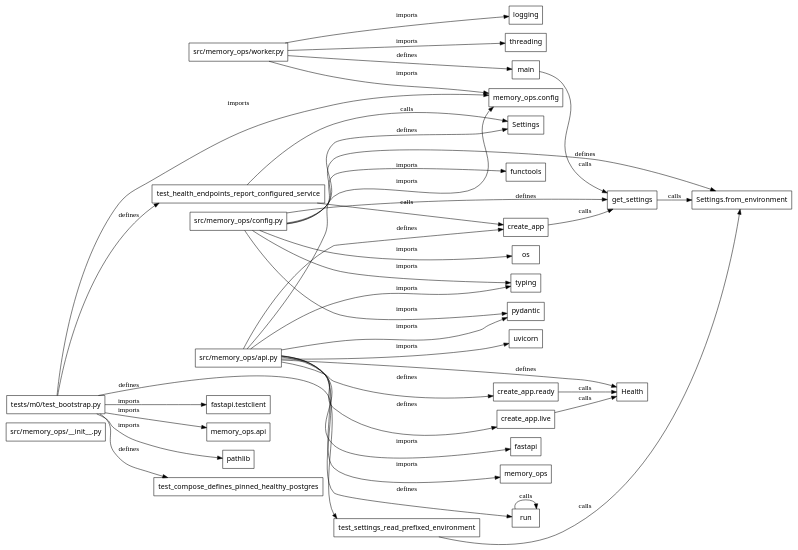
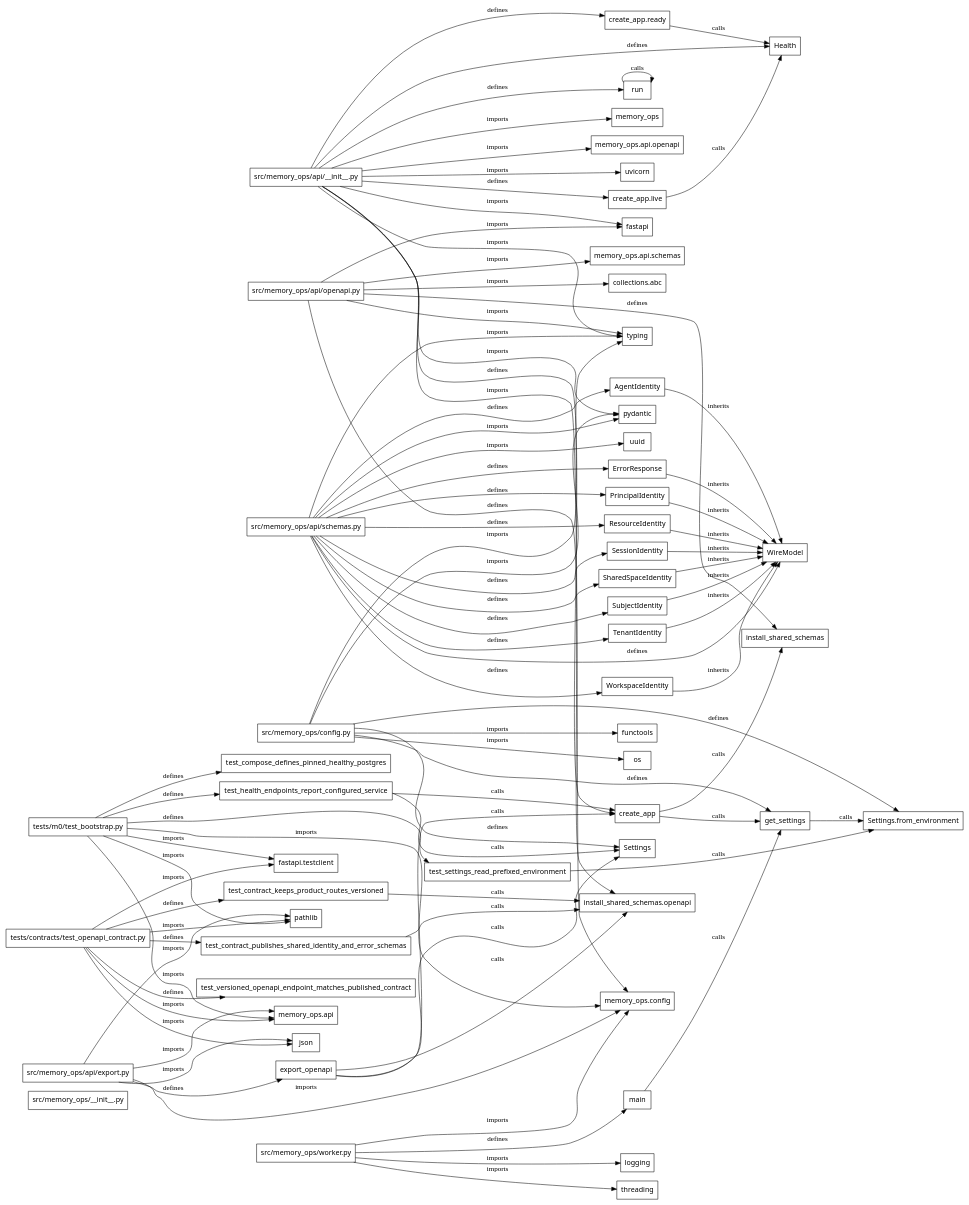
Before and after one commit to rishibalanagu0108/Memory-OPS: the diagram in .genesis/index/graph.dot, drawn with Graphviz. The commit also changed 18 other files, not shown here.

Commit message:
feat(api): publish versioned OpenAPI contract

```diff
--- a/.genesis/index/graph.dot
+++ b/.genesis/index/graph.dot
@@ -2,62 +2,121 @@
   rankdir=LR;
   node [shape=box,fontname="system-ui"];
   "file:src/memory_ops/__init__.py" [label="src/memory_ops/__init__.py",class="file"];
-  "file:src/memory_ops/api.py" [label="src/memory_ops/api.py",class="file"];
+  "file:src/memory_ops/api/__init__.py" [label="src/memory_ops/api/__init__.py",class="file"];
+  "file:src/memory_ops/api/export.py" [label="src/memory_ops/api/export.py",class="file"];
+  "file:src/memory_ops/api/openapi.py" [label="src/memory_ops/api/openapi.py",class="file"];
+  "file:src/memory_ops/api/schemas.py" [label="src/memory_ops/api/schemas.py",class="file"];
   "file:src/memory_ops/config.py" [label="src/memory_ops/config.py",class="file"];
   "file:src/memory_ops/worker.py" [label="src/memory_ops/worker.py",class="file"];
+  "file:tests/contracts/test_openapi_contract.py" [label="tests/contracts/test_openapi_contract.py",class="file"];
   "file:tests/m0/test_bootstrap.py" [label="tests/m0/test_bootstrap.py",class="file"];
   "package:pypi:fastapi" [label="fastapi",class="package"];
   "package:pypi:fastapi.testclient" [label="fastapi.testclient",class="package"];
   "package:pypi:memory_ops" [label="memory_ops",class="package"];
   "package:pypi:memory_ops.api" [label="memory_ops.api",class="package"];
+  "package:pypi:memory_ops.api.openapi" [label="memory_ops.api.openapi",class="package"];
+  "package:pypi:memory_ops.api.schemas" [label="memory_ops.api.schemas",class="package"];
   "package:pypi:memory_ops.config" [label="memory_ops.config",class="package"];
   "package:pypi:pydantic" [label="pydantic",class="package"];
   "package:pypi:uvicorn" [label="uvicorn",class="package"];
+  "runtime:python:collections.abc" [label="collections.abc",class="runtime"];
   "runtime:python:functools" [label="functools",class="runtime"];
+  "runtime:python:json" [label="json",class="runtime"];
   "runtime:python:logging" [label="logging",class="runtime"];
   "runtime:python:os" [label="os",class="runtime"];
   "runtime:python:pathlib" [label="pathlib",class="runtime"];
   "runtime:python:threading" [label="threading",class="runtime"];
   "runtime:python:typing" [label="typing",class="runtime"];
-  "symbol:src/memory_ops/api.py#class:Health" [label="Health",class="symbol"];
-  "symbol:src/memory_ops/api.py#function:create_app" [label="create_app",class="symbol"];
-  "symbol:src/memory_ops/api.py#function:create_app.live" [label="create_app.live",class="symbol"];
-  "symbol:src/memory_ops/api.py#function:create_app.ready" [label="create_app.ready",class="symbol"];
-  "symbol:src/memory_ops/api.py#function:run" [label="run",class="symbol"];
+  "runtime:python:uuid" [label="uuid",class="runtime"];
+  "symbol:src/memory_ops/api/__init__.py#class:Health" [label="Health",class="symbol"];
+  "symbol:src/memory_ops/api/__init__.py#function:create_app" [label="create_app",class="symbol"];
+  "symbol:src/memory_ops/api/__init__.py#function:create_app.live" [label="create_app.live",class="symbol"];
+  "symbol:src/memory_ops/api/__init__.py#function:create_app.ready" [label="create_app.ready",class="symbol"];
+  "symbol:src/memory_ops/api/__init__.py#function:run" [label="run",class="symbol"];
+  "symbol:src/memory_ops/api/export.py#function:export_openapi" [label="export_openapi",class="symbol"];
+  "symbol:src/memory_ops/api/openapi.py#function:install_shared_schemas" [label="install_shared_schemas",class="symbol"];
+  "symbol:src/memory_ops/api/openapi.py#function:install_shared_schemas.openapi" [label="install_shared_schemas.openapi",class="symbol"];
+  "symbol:src/memory_ops/api/schemas.py#class:AgentIdentity" [label="AgentIdentity",class="symbol"];
+  "symbol:src/memory_ops/api/schemas.py#class:ErrorResponse" [label="ErrorResponse",class="symbol"];
+  "symbol:src/memory_ops/api/schemas.py#class:PrincipalIdentity" [label="PrincipalIdentity",class="symbol"];
+  "symbol:src/memory_ops/api/schemas.py#class:ResourceIdentity" [label="ResourceIdentity",class="symbol"];
+  "symbol:src/memory_ops/api/schemas.py#class:SessionIdentity" [label="SessionIdentity",class="symbol"];
+  "symbol:src/memory_ops/api/schemas.py#class:SharedSpaceIdentity" [label="SharedSpaceIdentity",class="symbol"];
+  "symbol:src/memory_ops/api/schemas.py#class:SubjectIdentity" [label="SubjectIdentity",class="symbol"];
+  "symbol:src/memory_ops/api/schemas.py#class:TenantIdentity" [label="TenantIdentity",class="symbol"];
+  "symbol:src/memory_ops/api/schemas.py#class:WireModel" [label="WireModel",class="symbol"];
+  "symbol:src/memory_ops/api/schemas.py#class:WorkspaceIdentity" [label="WorkspaceIdentity",class="symbol"];
   "symbol:src/memory_ops/config.py#class:Settings" [label="Settings",class="symbol"];
   "symbol:src/memory_ops/config.py#function:get_settings" [label="get_settings",class="symbol"];
   "symbol:src/memory_ops/config.py#function:Settings.from_environment" [label="Settings.from_environment",class="symbol"];
   "symbol:src/memory_ops/worker.py#function:main" [label="main",class="symbol"];
+  "symbol:tests/contracts/test_openapi_contract.py#function:test_contract_keeps_product_routes_versioned" [label="test_contract_keeps_product_routes_versioned",class="symbol"];
+  "symbol:tests/contracts/test_openapi_contract.py#function:test_contract_publishes_shared_identity_and_error_schemas" [label="test_contract_publishes_shared_identity_and_error_schemas",class="symbol"];
+  "symbol:tests/contracts/test_openapi_contract.py#function:test_versioned_openapi_endpoint_matches_published_contract" [label="test_versioned_openapi_endpoint_matches_published_contract",class="symbol"];
   "symbol:tests/m0/test_bootstrap.py#function:test_compose_defines_pinned_healthy_postgres" [label="test_compose_defines_pinned_healthy_postgres",class="symbol"];
   "symbol:tests/m0/test_bootstrap.py#function:test_health_endpoints_report_configured_service" [label="test_health_endpoints_report_configured_service",class="symbol"];
   "symbol:tests/m0/test_bootstrap.py#function:test_settings_read_prefixed_environment" [label="test_settings_read_prefixed_environment",class="symbol"];
-  "symbol:src/memory_ops/api.py#function:create_app" -> "symbol:src/memory_ops/config.py#function:get_settings" [label="calls"];
-  "symbol:src/memory_ops/api.py#function:create_app.live" -> "symbol:src/memory_ops/api.py#class:Health" [label="calls"];
-  "symbol:src/memory_ops/api.py#function:create_app.ready" -> "symbol:src/memory_ops/api.py#class:Health" [label="calls"];
-  "symbol:src/memory_ops/api.py#function:run" -> "symbol:src/memory_ops/api.py#function:run" [label="calls"];
+  "symbol:src/memory_ops/api/__init__.py#function:create_app" -> "symbol:src/memory_ops/api/openapi.py#function:install_shared_schemas" [label="calls"];
+  "symbol:src/memory_ops/api/__init__.py#function:create_app" -> "symbol:src/memory_ops/config.py#function:get_settings" [label="calls"];
+  "symbol:src/memory_ops/api/__init__.py#function:create_app.live" -> "symbol:src/memory_ops/api/__init__.py#class:Health" [label="calls"];
+  "symbol:src/memory_ops/api/__init__.py#function:create_app.ready" -> "symbol:src/memory_ops/api/__init__.py#class:Health" [label="calls"];
+  "symbol:src/memory_ops/api/__init__.py#function:run" -> "symbol:src/memory_ops/api/__init__.py#function:run" [label="calls"];
+  "symbol:src/memory_ops/api/export.py#function:export_openapi" -> "symbol:src/memory_ops/api/__init__.py#function:create_app" [label="calls"];
+  "symbol:src/memory_ops/api/export.py#function:export_openapi" -> "symbol:src/memory_ops/api/openapi.py#function:install_shared_schemas.openapi" [label="calls"];
+  "symbol:src/memory_ops/api/export.py#function:export_openapi" -> "symbol:src/memory_ops/config.py#class:Settings" [label="calls"];
   "symbol:src/memory_ops/config.py#function:get_settings" -> "symbol:src/memory_ops/config.py#function:Settings.from_environment" [label="calls"];
   "symbol:src/memory_ops/worker.py#function:main" -> "symbol:src/memory_ops/config.py#function:get_settings" [label="calls"];
-  "symbol:tests/m0/test_bootstrap.py#function:test_health_endpoints_report_configured_service" -> "symbol:src/memory_ops/api.py#function:create_app" [label="calls"];
+  "symbol:tests/contracts/test_openapi_contract.py#function:test_contract_keeps_product_routes_versioned" -> "symbol:src/memory_ops/api/openapi.py#function:install_shared_schemas.openapi" [label="calls"];
+  "symbol:tests/contracts/test_openapi_contract.py#function:test_contract_publishes_shared_identity_and_error_schemas" -> "symbol:src/memory_ops/api/openapi.py#function:install_shared_schemas.openapi" [label="calls"];
+  "symbol:tests/m0/test_bootstrap.py#function:test_health_endpoints_report_configured_service" -> "symbol:src/memory_ops/api/__init__.py#function:create_app" [label="calls"];
   "symbol:tests/m0/test_bootstrap.py#function:test_health_endpoints_report_configured_service" -> "symbol:src/memory_ops/config.py#class:Settings" [label="calls"];
   "symbol:tests/m0/test_bootstrap.py#function:test_settings_read_prefixed_environment" -> "symbol:src/memory_ops/config.py#function:Settings.from_environment" [label="calls"];
-  "file:src/memory_ops/api.py" -> "symbol:src/memory_ops/api.py#class:Health" [label="defines"];
-  "file:src/memory_ops/api.py" -> "symbol:src/memory_ops/api.py#function:create_app" [label="defines"];
-  "file:src/memory_ops/api.py" -> "symbol:src/memory_ops/api.py#function:create_app.live" [label="defines"];
-  "file:src/memory_ops/api.py" -> "symbol:src/memory_ops/api.py#function:create_app.ready" [label="defines"];
-  "file:src/memory_ops/api.py" -> "symbol:src/memory_ops/api.py#function:run" [label="defines"];
+  "file:src/memory_ops/api/__init__.py" -> "symbol:src/memory_ops/api/__init__.py#class:Health" [label="defines"];
+  "file:src/memory_ops/api/__init__.py" -> "symbol:src/memory_ops/api/__init__.py#function:create_app" [label="defines"];
+  "file:src/memory_ops/api/__init__.py" -> "symbol:src/memory_ops/api/__init__.py#function:create_app.live" [label="defines"];
+  "file:src/memory_ops/api/__init__.py" -> "symbol:src/memory_ops/api/__init__.py#function:create_app.ready" [label="defines"];
+  "file:src/memory_ops/api/__init__.py" -> "symbol:src/memory_ops/api/__init__.py#function:run" [label="defines"];
+  "file:src/memory_ops/api/export.py" -> "symbol:src/memory_ops/api/export.py#function:export_openapi" [label="defines"];
+  "file:src/memory_ops/api/openapi.py" -> "symbol:src/memory_ops/api/openapi.py#function:install_shared_schemas" [label="defines"];
+  "file:src/memory_ops/api/openapi.py" -> "symbol:src/memory_ops/api/openapi.py#function:install_shared_schemas.openapi" [label="defines"];
+  "file:src/memory_ops/api/schemas.py" -> "symbol:src/memory_ops/api/schemas.py#class:AgentIdentity" [label="defines"];
+  "file:src/memory_ops/api/schemas.py" -> "symbol:src/memory_ops/api/schemas.py#class:ErrorResponse" [label="defines"];
+  "file:src/memory_ops/api/schemas.py" -> "symbol:src/memory_ops/api/schemas.py#class:PrincipalIdentity" [label="defines"];
+  "file:src/memory_ops/api/schemas.py" -> "symbol:src/memory_ops/api/schemas.py#class:ResourceIdentity" [label="defines"];
+  "file:src/memory_ops/api/schemas.py" -> "symbol:src/memory_ops/api/schemas.py#class:SessionIdentity" [label="defines"];
+  "file:src/memory_ops/api/schemas.py" -> "symbol:src/memory_ops/api/schemas.py#class:SharedSpaceIdentity" [label="defines"];
+  "file:src/memory_ops/api/schemas.py" -> "symbol:src/memory_ops/api/schemas.py#class:SubjectIdentity" [label="defines"];
+  "file:src/memory_ops/api/schemas.py" -> "symbol:src/memory_ops/api/schemas.py#class:TenantIdentity" [label="defines"];
+  "file:src/memory_ops/api/schemas.py" -> "symbol:src/memory_ops/api/schemas.py#class:WireModel" [label="defines"];
+  "file:src/memory_ops/api/schemas.py" -> "symbol:src/memory_ops/api/schemas.py#class:WorkspaceIdentity" [label="defines"];
   "file:src/memory_ops/config.py" -> "symbol:src/memory_ops/config.py#class:Settings" [label="defines"];
   "file:src/memory_ops/config.py" -> "symbol:src/memory_ops/config.py#function:get_settings" [label="defines"];
   "file:src/memory_ops/config.py" -> "symbol:src/memory_ops/config.py#function:Settings.from_environment" [label="defines"];
   "file:src/memory_ops/worker.py" -> "symbol:src/memory_ops/worker.py#function:main" [label="defines"];
+  "file:tests/contracts/test_openapi_contract.py" -> "symbol:tests/contracts/test_openapi_contract.py#function:test_contract_keeps_product_routes_versioned" [label="defines"];
+  "file:tests/contracts/test_openapi_contract.py" -> "symbol:tests/contracts/test_openapi_contract.py#function:test_contract_publishes_shared_identity_and_error_schemas" [label="defines"];
+  "file:tests/contracts/test_openapi_contract.py" -> "symbol:tests/contracts/test_openapi_contract.py#function:test_versioned_openapi_endpoint_matches_published_contract" [label="defines"];
   "file:tests/m0/test_bootstrap.py" -> "symbol:tests/m0/test_bootstrap.py#function:test_compose_defines_pinned_healthy_postgres" [label="defines"];
   "file:tests/m0/test_bootstrap.py" -> "symbol:tests/m0/test_bootstrap.py#function:test_health_endpoints_report_configured_service" [label="defines"];
   "file:tests/m0/test_bootstrap.py" -> "symbol:tests/m0/test_bootstrap.py#function:test_settings_read_prefixed_environment" [label="defines"];
-  "file:src/memory_ops/api.py" -> "package:pypi:fastapi" [label="imports"];
-  "file:src/memory_ops/api.py" -> "package:pypi:memory_ops" [label="imports"];
-  "file:src/memory_ops/api.py" -> "package:pypi:memory_ops.config" [label="imports"];
-  "file:src/memory_ops/api.py" -> "package:pypi:pydantic" [label="imports"];
-  "file:src/memory_ops/api.py" -> "package:pypi:uvicorn" [label="imports"];
-  "file:src/memory_ops/api.py" -> "runtime:python:typing" [label="imports"];
+  "file:src/memory_ops/api/__init__.py" -> "package:pypi:fastapi" [label="imports"];
+  "file:src/memory_ops/api/__init__.py" -> "package:pypi:memory_ops" [label="imports"];
+  "file:src/memory_ops/api/__init__.py" -> "package:pypi:memory_ops.api.openapi" [label="imports"];
+  "file:src/memory_ops/api/__init__.py" -> "package:pypi:memory_ops.config" [label="imports"];
+  "file:src/memory_ops/api/__init__.py" -> "package:pypi:pydantic" [label="imports"];
+  "file:src/memory_ops/api/__init__.py" -> "package:pypi:uvicorn" [label="imports"];
+  "file:src/memory_ops/api/__init__.py" -> "runtime:python:typing" [label="imports"];
+  "file:src/memory_ops/api/export.py" -> "package:pypi:memory_ops.api" [label="imports"];
+  "file:src/memory_ops/api/export.py" -> "package:pypi:memory_ops.config" [label="imports"];
+  "file:src/memory_ops/api/export.py" -> "runtime:python:json" [label="imports"];
+  "file:src/memory_ops/api/export.py" -> "runtime:python:pathlib" [label="imports"];
+  "file:src/memory_ops/api/openapi.py" -> "package:pypi:fastapi" [label="imports"];
+  "file:src/memory_ops/api/openapi.py" -> "package:pypi:memory_ops.api.schemas" [label="imports"];
+  "file:src/memory_ops/api/openapi.py" -> "runtime:python:collections.abc" [label="imports"];
+  "file:src/memory_ops/api/openapi.py" -> "runtime:python:typing" [label="imports"];
+  "file:src/memory_ops/api/schemas.py" -> "package:pypi:pydantic" [label="imports"];
+  "file:src/memory_ops/api/schemas.py" -> "runtime:python:typing" [label="imports"];
+  "file:src/memory_ops/api/schemas.py" -> "runtime:python:uuid" [label="imports"];
   "file:src/memory_ops/config.py" -> "package:pypi:pydantic" [label="imports"];
   "file:src/memory_ops/config.py" -> "runtime:python:functools" [label="imports"];
   "file:src/memory_ops/config.py" -> "runtime:python:os" [label="imports"];
@@ -65,8 +124,21 @@
   "file:src/memory_ops/worker.py" -> "package:pypi:memory_ops.config" [label="imports"];
   "file:src/memory_ops/worker.py" -> "runtime:python:logging" [label="imports"];
   "file:src/memory_ops/worker.py" -> "runtime:python:threading" [label="imports"];
+  "file:tests/contracts/test_openapi_contract.py" -> "package:pypi:fastapi.testclient" [label="imports"];
+  "file:tests/contracts/test_openapi_contract.py" -> "package:pypi:memory_ops.api" [label="imports"];
+  "file:tests/contracts/test_openapi_contract.py" -> "runtime:python:json" [label="imports"];
+  "file:tests/contracts/test_openapi_contract.py" -> "runtime:python:pathlib" [label="imports"];
   "file:tests/m0/test_bootstrap.py" -> "package:pypi:fastapi.testclient" [label="imports"];
   "file:tests/m0/test_bootstrap.py" -> "package:pypi:memory_ops.api" [label="imports"];
   "file:tests/m0/test_bootstrap.py" -> "package:pypi:memory_ops.config" [label="imports"];
   "file:tests/m0/test_bootstrap.py" -> "runtime:python:pathlib" [label="imports"];
+  "symbol:src/memory_ops/api/schemas.py#class:AgentIdentity" -> "symbol:src/memory_ops/api/schemas.py#class:WireModel" [label="inherits"];
+  "symbol:src/memory_ops/api/schemas.py#class:ErrorResponse" -> "symbol:src/memory_ops/api/schemas.py#class:WireModel" [label="inherits"];
+  "symbol:src/memory_ops/api/schemas.py#class:PrincipalIdentity" -> "symbol:src/memory_ops/api/schemas.py#class:WireModel" [label="inherits"];
+  "symbol:src/memory_ops/api/schemas.py#class:ResourceIdentity" -> "symbol:src/memory_ops/api/schemas.py#class:WireModel" [label="inherits"];
+  "symbol:src/memory_ops/api/schemas.py#class:SessionIdentity" -> "symbol:src/memory_ops/api/schemas.py#class:WireModel" [label="inherits"];
+  "symbol:src/memory_ops/api/schemas.py#class:SharedSpaceIdentity" -> "symbol:src/memory_ops/api/schemas.py#class:WireModel" [label="inherits"];
+  "symbol:src/memory_ops/api/schemas.py#class:SubjectIdentity" -> "symbol:src/memory_ops/api/schemas.py#class:WireModel" [label="inherits"];
+  "symbol:src/memory_ops/api/schemas.py#class:TenantIdentity" -> "symbol:src/memory_ops/api/schemas.py#class:WireModel" [label="inherits"];
+  "symbol:src/memory_ops/api/schemas.py#class:WorkspaceIdentity" -> "symbol:src/memory_ops/api/schemas.py#class:WireModel" [label="inherits"];
 }
```
